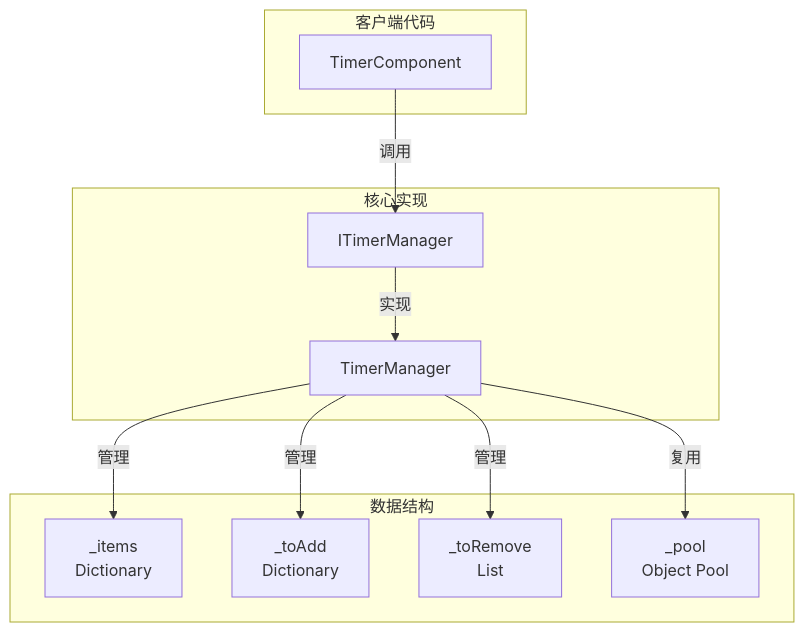
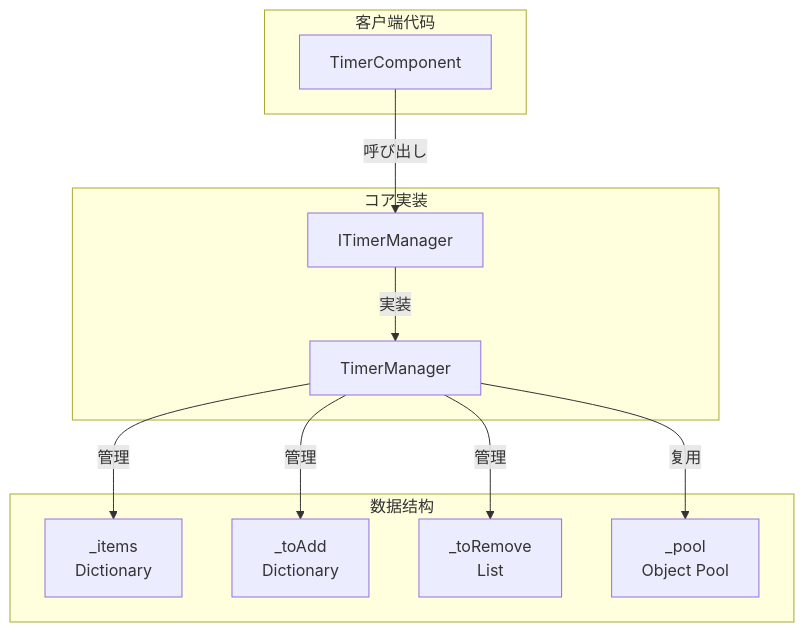
The first of 3 diagrams in docs/ja/client/unity/component/timer/08.add-timer.md (AlianBlank/GameFrameX.Docs), drawn with Mermaid before and after one commit. The commit also changed other lines of this file and 603 other files, not shown here.

````diff
--- a/docs/ja/client/unity/component/timer/08.add-timer.md
+++ b/docs/ja/client/unity/component/timer/08.add-timer.md
@@ -35,25 +35,25 @@
 ```mermaid
 flowchart TD
     subgraph Client["客户端代码"]
         TC[TimerComponent]
     end
 
-    subgraph Core["核心实现"]
+    subgraph Core["コア実装"]
         ITM[ITimerManager]
         TM[TimerManager]
     end
 
     subgraph Data["数据结构"]
         Items["_items<br/>Dictionary"]
         ToAdd["_toAdd<br/>Dictionary"]
         ToRemove["_toRemove<br/>List"]
         Pool["_pool<br/>Object Pool"]
     end
 
-    TC -->|调用| ITM
-    ITM -->|实现| TM
+    TC -->|呼び出し| ITM
+    ITM -->|実装| TM
     TM -->|管理| Items
     TM -->|管理| ToAdd
     TM -->|管理| ToRemove
     TM -->|复用| Pool
 ```
````
